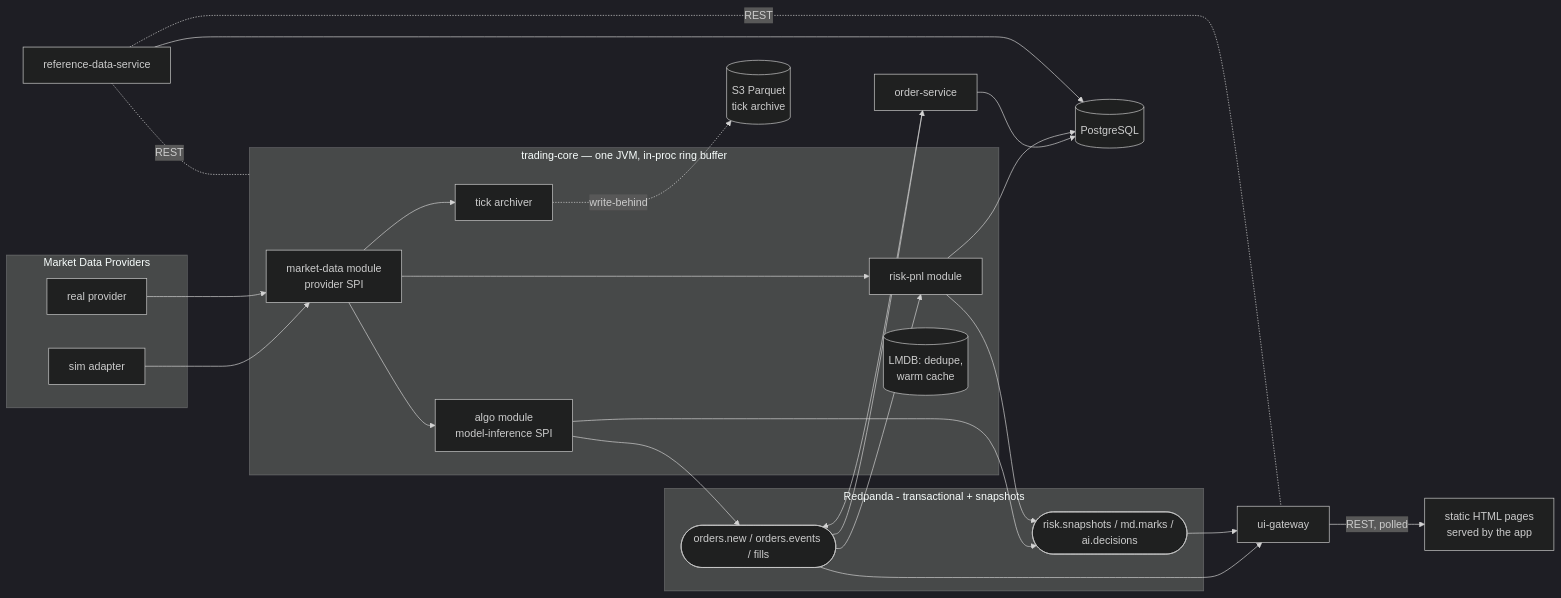
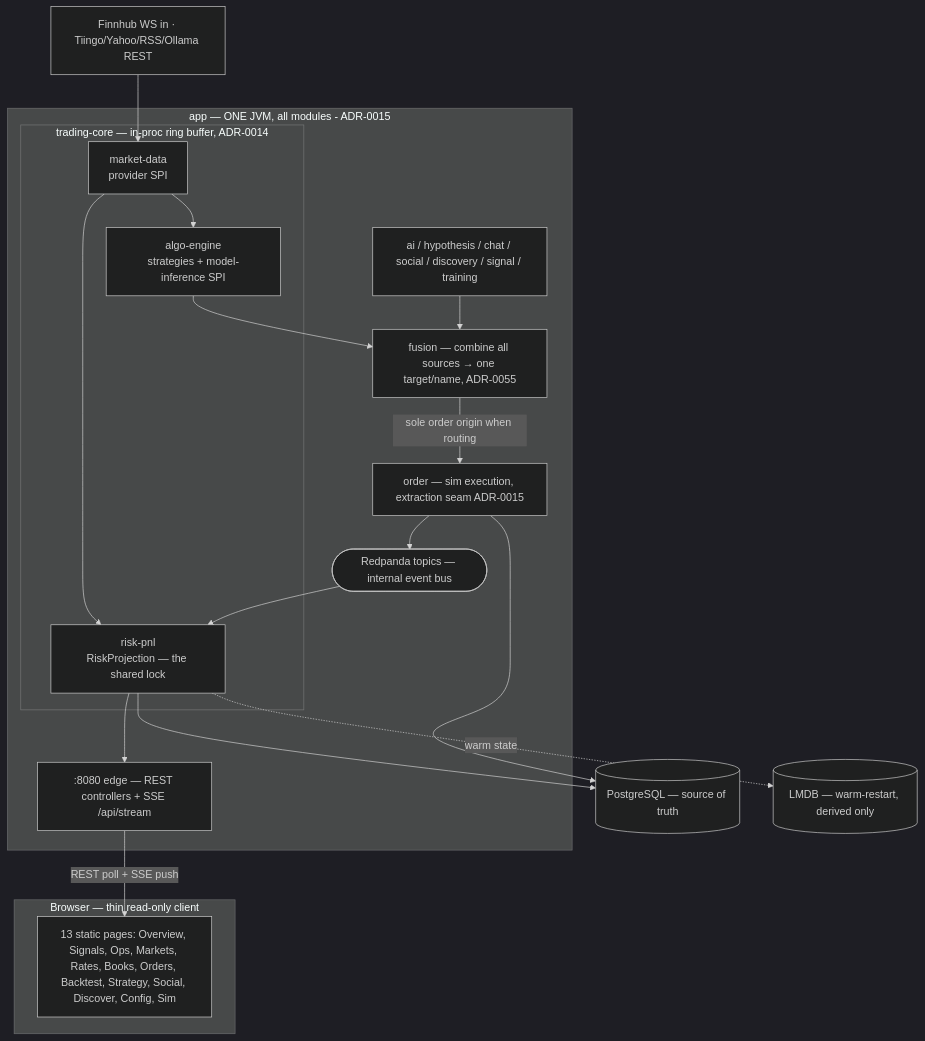
The diagram in docs/architecture/overview.md (teoleg/jethro), drawn with Mermaid (dark theme) before and after one commit. The commit also changed other lines of this file, not shown here.

````diff
--- a/docs/architecture/overview.md
+++ b/docs/architecture/overview.md
@@ -22,49 +30,35 @@
 ```mermaid
-flowchart LR
-    subgraph ext[Market Data Providers]
-        P1[sim adapter]
-        P2[real provider]
+flowchart TB
+    subgraph browser[Browser — thin read-only client]
+        UI[13 static pages: Overview, Signals, Ops, Markets, Rates, Books, Orders, Backtest, Strategy, Social, Discover, Config, Sim]
     end
+    subgraph jvm[app — ONE JVM, all modules - ADR-0015]
+        EDGE[:8080 edge — REST controllers + SSE /api/stream]
+        subgraph coreproc[trading-core — in-proc ring buffer, ADR-0014]
+            MDG[market-data<br/>provider SPI]
+            ALGO[algo-engine<br/>strategies + model-inference SPI]
+            RISK[risk-pnl<br/>RiskProjection — the shared lock]
+        end
+        FUSION[fusion — combine all sources → one target/name, ADR-0055]
+        AISVC[ai / hypothesis / chat / social / discovery / signal / training]
+        ORD[order — sim execution, extraction seam ADR-0015]
+        LOG([Redpanda topics — internal event bus])
+    end
+    ext[Finnhub WS in · Tiingo/Yahoo/RSS/Ollama REST]
+    PG[(PostgreSQL — source of truth)]
+    LMDB[(LMDB — warm-restart, derived only)]
 
-    subgraph core[trading-core — one JVM, in-proc ring buffer]
-        MDG[market-data module<br/>provider SPI]
-        ALGO[algo module<br/>model-inference SPI]
-        RISK[risk-pnl module]
-        ARCH[tick archiver]
-        LMDB[(LMDB: dedupe,<br/>warm cache)]
-    end
-
-    P1 --> MDG
-    P2 --> MDG
+    ext --> MDG
     MDG --> ALGO
     MDG --> RISK
-    MDG --> ARCH
-
-    S3[(S3 Parquet<br/>tick archive)]
-    ARCH -. write-behind .-> S3
-
-    subgraph log[Redpanda - transactional + snapshots]
-        T2([orders.new / orders.events / fills])
-        T3([risk.snapshots / md.marks / ai.decisions])
-    end
-
-    ALGO --> T2
-    T2 --> ORD[order-service]
-    ORD --> T2
-    T2 --> RISK
-    ALGO --> T3
-    RISK --> T3
-
-    REF[reference-data-service] -.REST.- core
-
-    T2 --> UIG[ui-gateway]
-    T3 --> UIG
-    REF -.REST.- UIG
-
-    PG[(PostgreSQL)]
+    ALGO --> FUSION
+    AISVC --> FUSION
+    FUSION -->|sole order origin when routing| ORD
+    ORD --> LOG
+    LOG --> RISK
+    RISK --> PG
     ORD --> PG
-    RISK --> PG
-    REF --> PG
-
-    UIG -- REST, polled --> SPA[static HTML pages<br/>served by the app]
+    RISK -. warm state .-> LMDB
+    EDGE -->|REST poll + SSE push| UI
+    RISK --> EDGE
 ```
````
